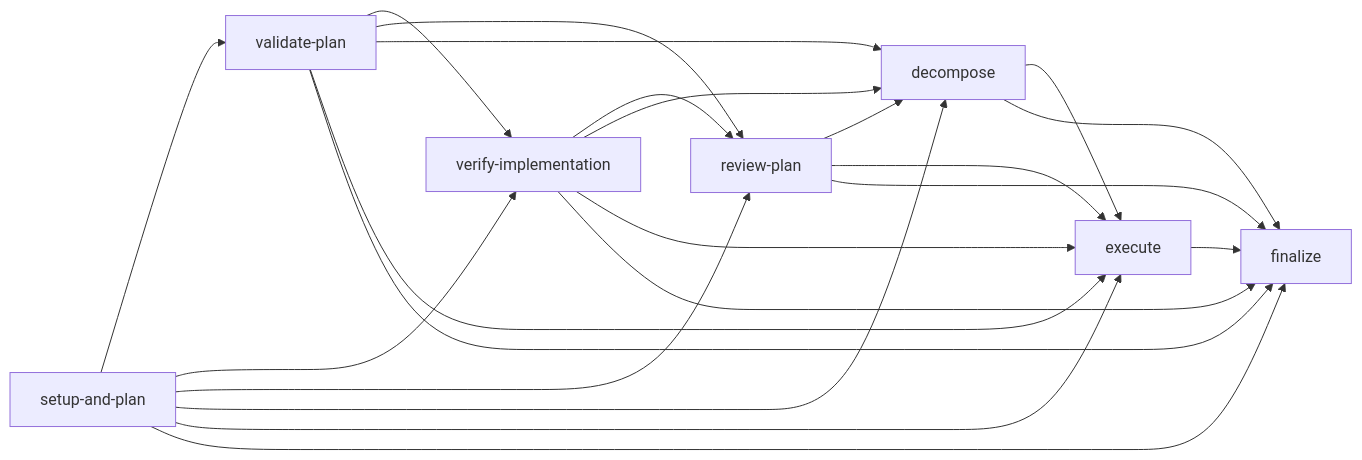
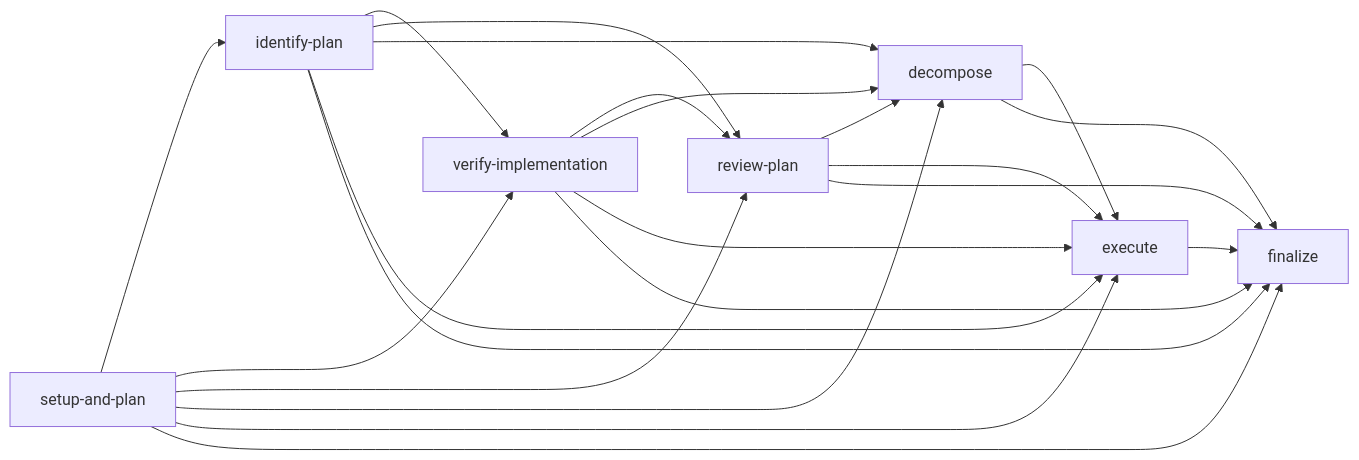
Before and after one commit to Mharbulous/SyncoPaid: the third of 4 diagrams in .github/workflows/execute-stories-workflow.md, drawn with Mermaid. The commit also changed other lines of this file and 3 other files, not shown here.

First line of the commit message:
fix(ci): prevent filename mismatch in identify-plan step

````diff
--- a/.github/workflows/execute-stories-workflow.md
+++ b/.github/workflows/execute-stories-workflow.md
@@ -211,24 +211,24 @@
 ```mermaid
 flowchart LR
-    A[setup-and-plan] --> B[validate-plan]
+    A[setup-and-plan] --> B[identify-plan]
     A --> C[verify-implementation]
     B --> C
     B --> D[review-plan]
     C --> D
     A --> D
     D --> E[decompose]
     B --> E
     C --> E
     A --> E
     E --> F[execute]
     B --> F
     C --> F
     D --> F
     A --> F
     F --> G[finalize]
     A --> G
     B --> G
     C --> G
     D --> G
     E --> G
 ```
````
